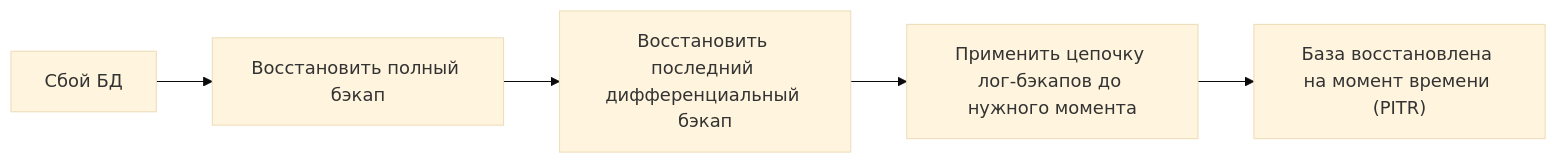
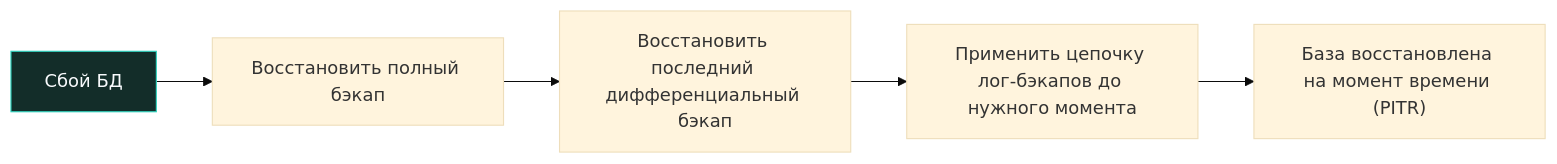
One commit to UnrealTemplier/go-textbook changed the diagram in sources/12. Базы данных/10. Практика и архитектура/15. Бэкапы и восстановление.md. Above: the diagram before and after it, drawn with Mermaid (base theme). The commit also changed 1666 other files, not shown here.

First line of the commit message:
feat(mermaid): add semantic color classDef to 1369 colorless flowchart/graph diagrams

````diff
--- a/sources/12. Базы данных/10. Практика и архитектура/15. Бэкапы и восстановление.md
+++ b/sources/12. Базы данных/10. Практика и архитектура/15. Бэкапы и восстановление.md
@@ -115,7 +115,17 @@
 ```mermaid
 flowchart LR
-  A["Сбой БД"] --> B["Восстановить полный бэкап"]
+    classDef process  fill:#1e293b,stroke:#38bdf8,stroke-width:1px,color:#f8fafc
+    classDef success  fill:#064e3b,stroke:#34d399,stroke-width:1px,color:#f8fafc
+    classDef error    fill:#7f1d1d,stroke:#f87171,stroke-width:1px,color:#f8fafc
+    classDef warning  fill:#78350f,stroke:#fbbf24,stroke-width:1px,color:#f8fafc
+    classDef entry    fill:#1e3a5f,stroke:#38bdf8,stroke-width:2px,color:#f8fafc
+    classDef aux      fill:#334155,stroke:#64748b,stroke-width:1px,color:#f8fafc
+    classDef system   fill:#312e81,stroke:#a78bfa,stroke-width:1px,color:#f8fafc
+    classDef data     fill:#132d29,stroke:#2dd4bf,stroke-width:1px,color:#f8fafc
+    classDef network  fill:#881337,stroke:#fb7185,stroke-width:1px,color:#f8fafc
+    classDef accent   fill:#1e1b4b,stroke:#818cf8,stroke-width:1px,color:#f8fafc
+  A["Сбой БД"]:::data --> B["Восстановить полный бэкап"]
   B --> C["Восстановить последний дифференциальный бэкап"]
   C --> D["Применить цепочку лог-бэкапов до нужного момента"]
   D --> E["База восстановлена на момент времени (PITR)"]
 ```
````
